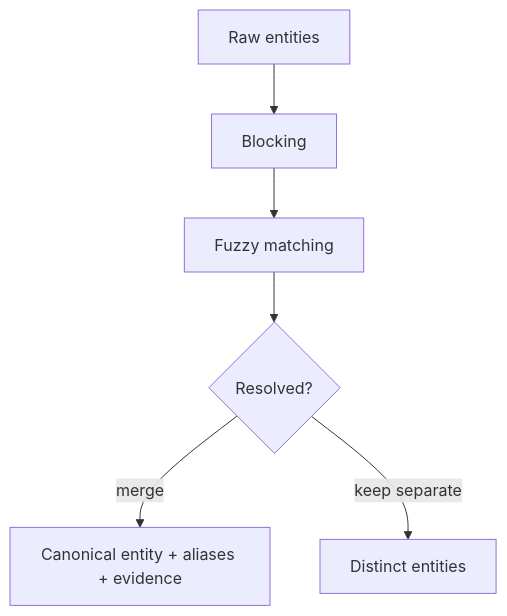
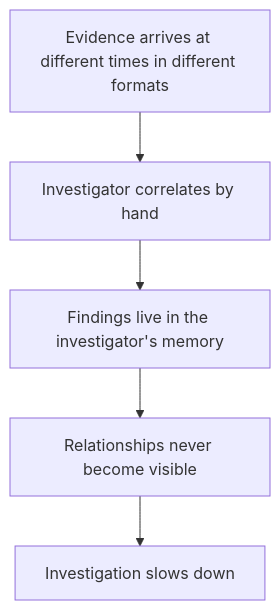
Before and after one commit to 0xhroot/cybersaarthi: the third of 12 diagrams in README.md, drawn with Mermaid. The commit also changed other lines of this file, not shown here.

````diff
--- a/README.md
+++ b/README.md
@@ -122,8 +154,7 @@
 ```mermaid
 flowchart TD
-    A["Raw entities"] --> B["Blocking"]
-    B --> C["Fuzzy matching"]
-    C --> D{"Resolved?"}
-    D -->|"merge"| E["Canonical entity + aliases + evidence"]
-    D -->|"keep separate"| F["Distinct entities"]
+    A["Evidence arrives at different times in different formats"] --> B["Investigator correlates by hand"]
+    B --> C["Findings live in the investigator's memory"]
+    C --> D["Relationships never become visible"]
+    D --> E["Investigation slows down"]
 ```
````
